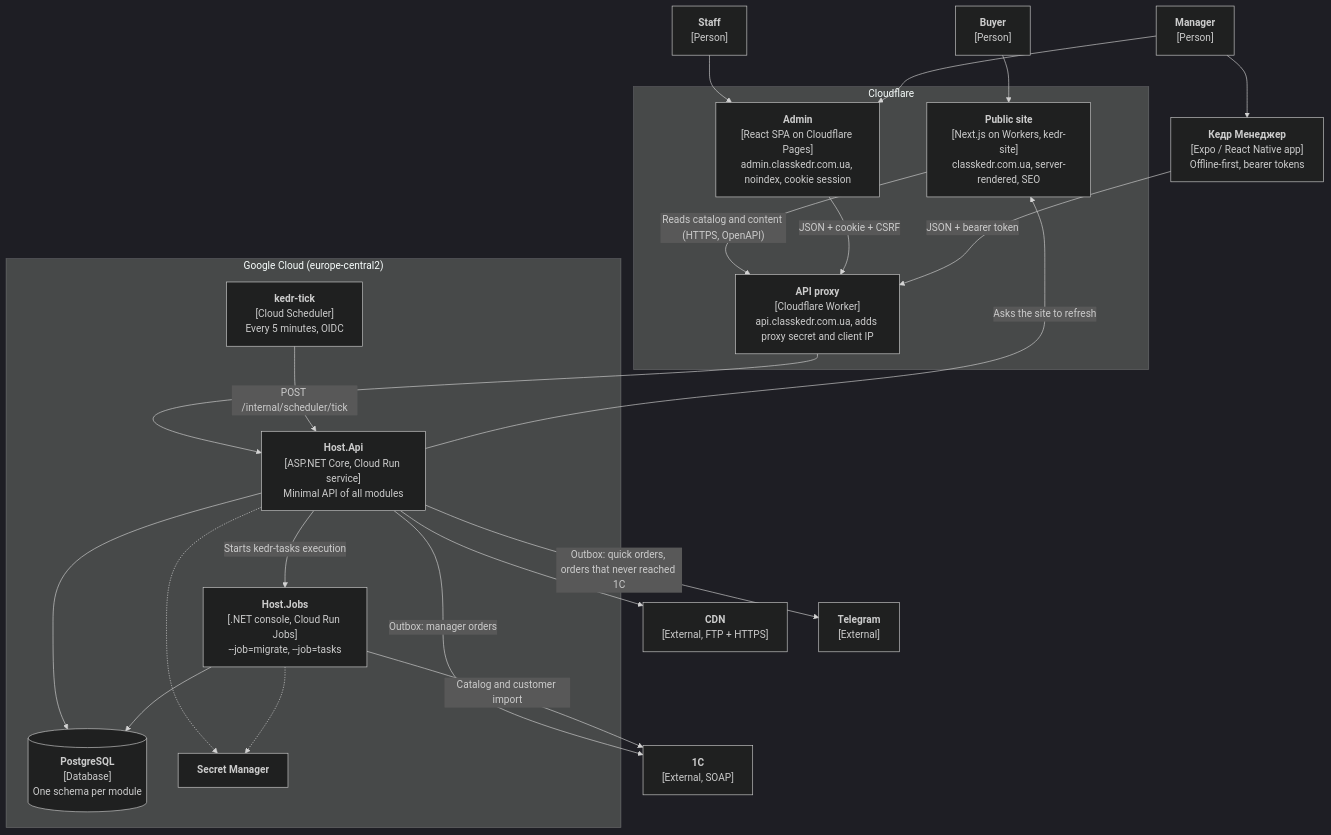
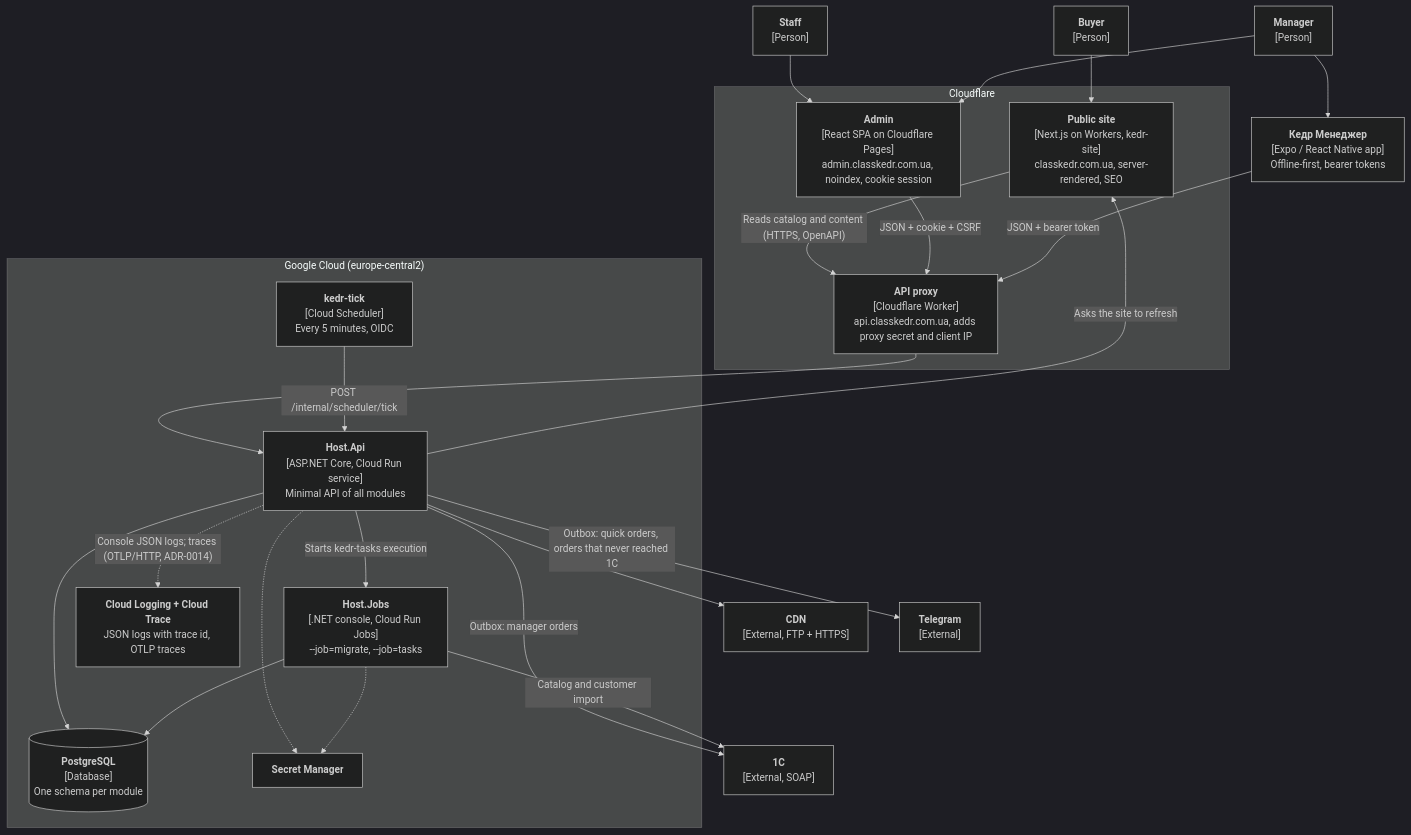
Before and after one commit to Weretik/KedrStore: the second of 3 diagrams in docs/sdd/architecture/c4/README.md, drawn with Mermaid (dark theme). The commit also changed other lines of this file and 24 other files, not shown here.

First line of the commit message:
Trace API requests to Google Cloud Trace and link logs to traces

````diff
--- a/docs/sdd/architecture/c4/README.md
+++ b/docs/sdd/architecture/c4/README.md
@@ -35,46 +35,48 @@
 ```mermaid
 flowchart TB
     buyer["<b>Buyer</b><br/>[Person]"]
     manager["<b>Manager</b><br/>[Person]"]
     staff["<b>Staff</b><br/>[Person]"]
 
     subgraph cf["Cloudflare"]
         site["<b>Public site</b><br/>[Next.js on Workers, kedr-site]<br/>classkedr.com.ua, server-rendered, SEO"]
         proxy["<b>API proxy</b><br/>[Cloudflare Worker]<br/>api.classkedr.com.ua, adds proxy secret and client IP"]
         admin["<b>Admin</b><br/>[React SPA on Cloudflare Pages]<br/>admin.classkedr.com.ua, noindex, cookie session"]
     end
 
     mobile["<b>Кедр Менеджер</b><br/>[Expo / React Native app]<br/>Offline-first, bearer tokens"]
 
     subgraph gcp["Google Cloud (europe-central2)"]
         api["<b>Host.Api</b><br/>[ASP.NET Core, Cloud Run service]<br/>Minimal API of all modules"]
         jobs["<b>Host.Jobs</b><br/>[.NET console, Cloud Run Jobs]<br/>--job=migrate, --job=tasks"]
         scheduler["<b>kedr-tick</b><br/>[Cloud Scheduler]<br/>Every 5 minutes, OIDC"]
         db[("<b>PostgreSQL</b><br/>[Database]<br/>One schema per module")]
         secrets["<b>Secret Manager</b>"]
+        observability["<b>Cloud Logging + Cloud Trace</b><br/>JSON logs with trace id, OTLP traces"]
     end
 
     onec["<b>1C</b><br/>[External, SOAP]"]
     cdn["<b>CDN</b><br/>[External, FTP + HTTPS]"]
     telegram["<b>Telegram</b><br/>[External]"]
 
     buyer --> site
     staff --> admin
     manager --> mobile
     manager --> admin
     site -->|"Reads catalog and content (HTTPS, OpenAPI)"| proxy
     admin -->|"JSON + cookie + CSRF"| proxy
     mobile -->|"JSON + bearer token"| proxy
     proxy --> api
     scheduler -->|"POST /internal/scheduler/tick"| api
     api -->|"Starts kedr-tasks execution"| jobs
     api --> db
     jobs --> db
     api --> cdn
     api -->|"Outbox: quick orders, orders that never reached 1C"| telegram
     api -->|"Outbox: manager orders"| onec
     jobs -->|"Catalog and customer import"| onec
     api -->|"Asks the site to refresh"| site
     api -.-> secrets
+    api -.->|"Console JSON logs; traces (OTLP/HTTP, ADR-0014)"| observability
     jobs -.-> secrets
 ```
````
